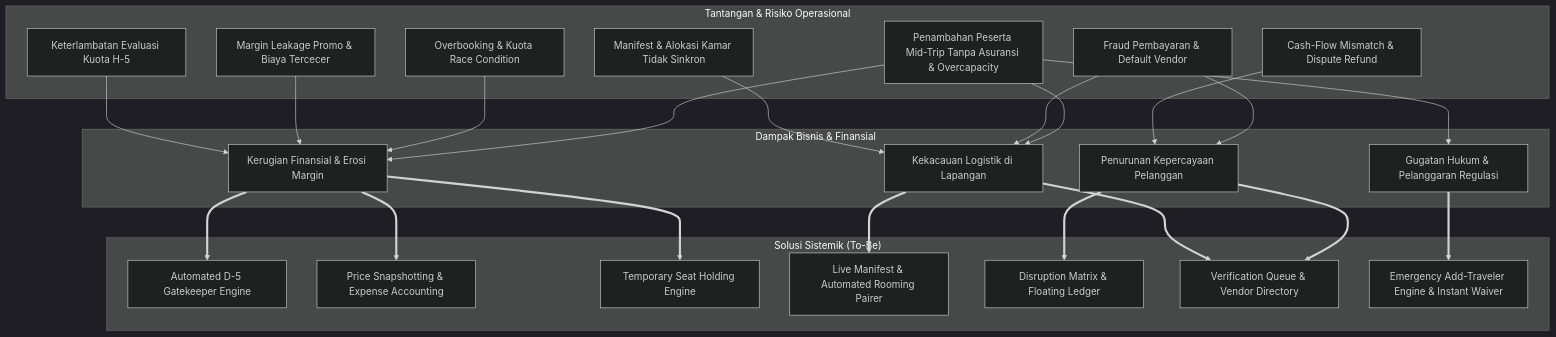
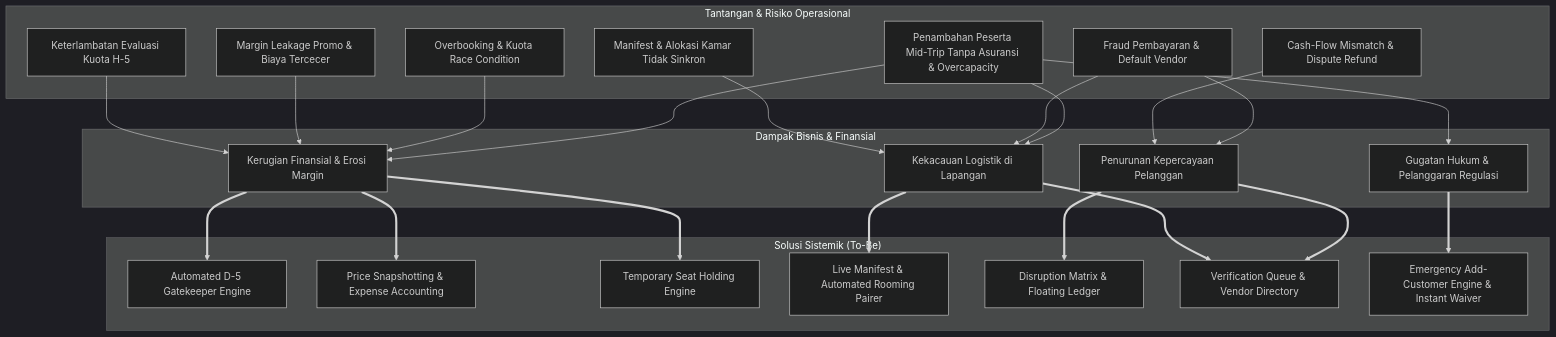
One commit to mfauzanfikri/tms-docs changed the second of 3 diagrams in product/01_BUSINESS_ANALYSIS.md. Above: the diagram before and after it, drawn with Mermaid (dark theme). The commit also changed other lines of this file and 2 other files, not shown here.

````diff
--- a/product/01_BUSINESS_ANALYSIS.md
+++ b/product/01_BUSINESS_ANALYSIS.md
@@ -61,39 +61,39 @@
 ```mermaid
 graph TD
     subgraph Problems["Tantangan & Risiko Operasional"]
         P1["Keterlambatan Evaluasi Kuota H-5"]
         P2["Margin Leakage Promo & Biaya Tercecer"]
         P3["Overbooking & Kuota Race Condition"]
         P4["Manifest & Alokasi Kamar Tidak Sinkron"]
         P5["Cash-Flow Mismatch & Dispute Refund"]
         P6["Fraud Pembayaran & Default Vendor"]
         P7["Penambahan Peserta Mid-Trip Tanpa Asuransi & Overcapacity"]
     end
 
     subgraph Impacts["Dampak Bisnis & Finansial"]
         I1["Kerugian Finansial & Erosi Margin"]
         I2["Kekacauan Logistik di Lapangan"]
         I3["Penurunan Kepercayaan Pelanggan"]
         I4["Gugatan Hukum & Pelanggaran Regulasi"]
     end
 
     subgraph Solutions["Solusi Sistemik (To-Be)"]
         S1["Automated D-5 Gatekeeper Engine"]
         S2["Price Snapshotting & Expense Accounting"]
         S3["Temporary Seat Holding Engine"]
         S4["Live Manifest & Automated Rooming Pairer"]
         S5["Disruption Matrix & Floating Ledger"]
         S6["Verification Queue & Vendor Directory"]
-        S7["Emergency Add-Traveler Engine & Instant Waiver"]
+        S7["Emergency Add-Customer Engine & Instant Waiver"]
     end
 
     P1 & P2 & P3 --> I1
     P4 & P6 --> I2
     P5 & P6 --> I3
     P7 --> I1 & I2 & I4
 
     I1 ==> S1 & S2 & S3
     I2 ==> S4 & S6
     I3 ==> S5 & S6
     I4 ==> S7
 ```
````
